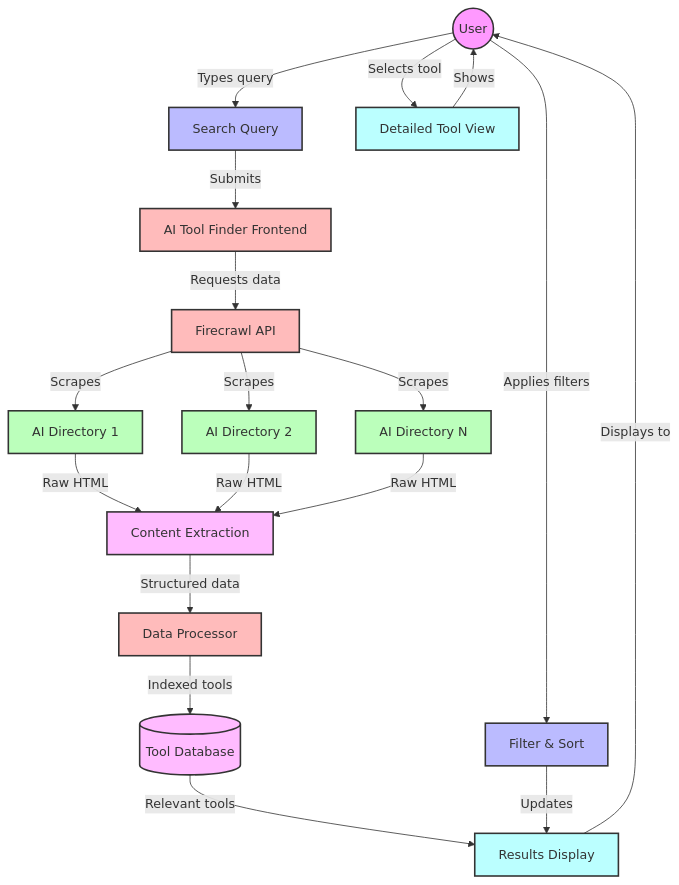
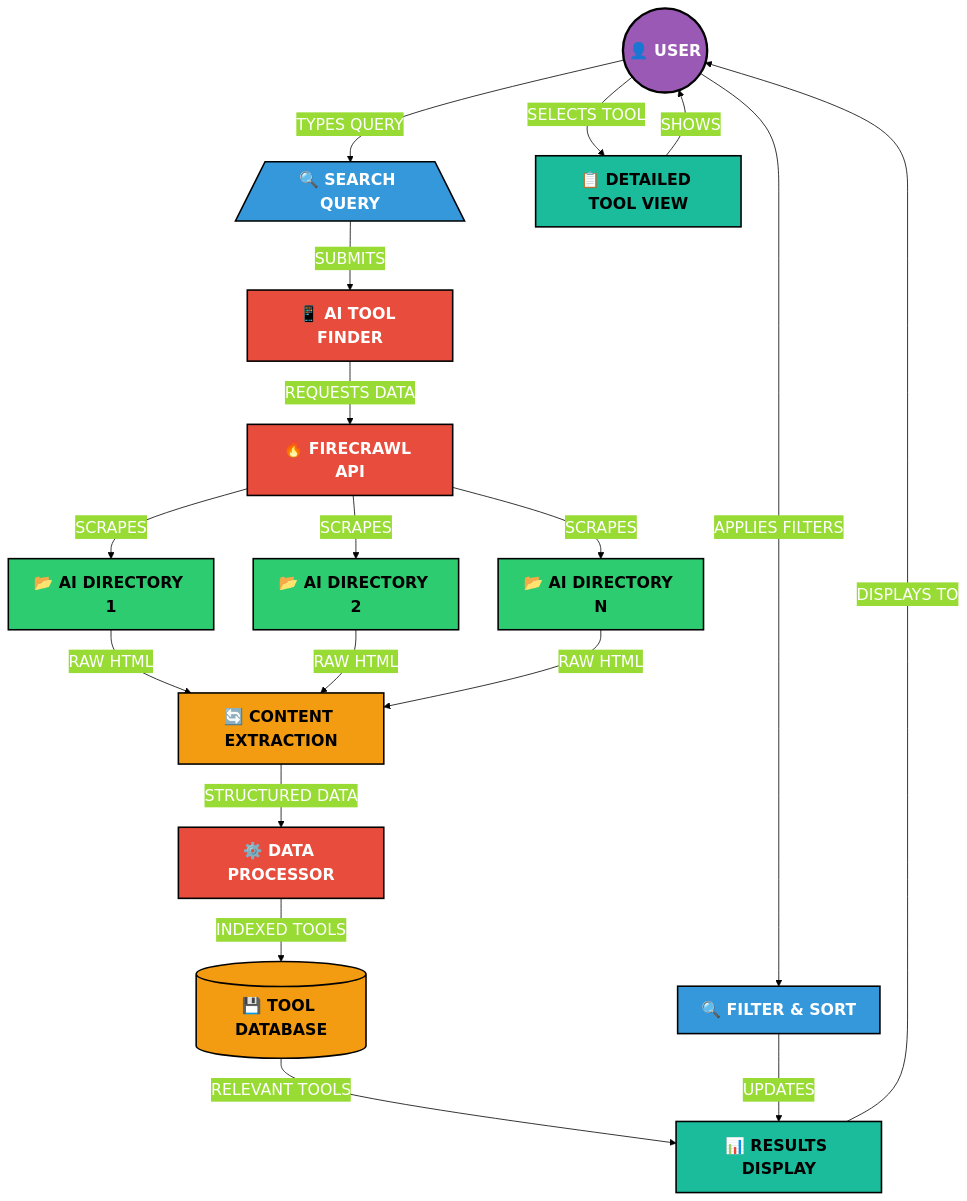
Before and after one commit to harshith-eth/ai-tool-finder-firecrawl: the diagram in README.md, drawn with Mermaid.

Commit message:
Improve mermaid diagram readability with high contrast and larger text

````diff
--- a/README.md
+++ b/README.md
@@ -30,52 +30,46 @@
 ```mermaid
-graph TD
-    %% Nodes
-    User((User))
-    Search[Search Query]
-    Frontend[AI Tool Finder Frontend]
-    API[Firecrawl API]
-    Extract[Content Extraction]
-    Directory1[AI Directory 1]
-    Directory2[AI Directory 2]
-    DirectoryN[AI Directory N]
-    Processor[Data Processor]
-    DB[(Tool Database)]
-    Results[Results Display]
-    Filter[Filter & Sort]
-    Details[Detailed Tool View]
+%%{init: {'theme': 'base', 'themeVariables': { 'fontSize': '16px', 'fontFamily': 'Arial', 'primaryColor': '#3498db', 'primaryTextColor': '#fff', 'primaryBorderColor': '#2374ab', 'lineColor': '#000000', 'textColor': '#000000', 'fontSize': '20px' }}}%%
+
+flowchart TD
+    %% Main Nodes
+    User((👤 USER)):::user
+    Search[/🔍 SEARCH QUERY\]:::input
+    Frontend[📱 AI TOOL FINDER]:::processing
+    API[🔥 FIRECRAWL API]:::processing
+    Extract[🔄 CONTENT EXTRACTION]:::data
+    Directory1[📂 AI DIRECTORY 1]:::source
+    Directory2[📂 AI DIRECTORY 2]:::source
+    DirectoryN[📂 AI DIRECTORY N]:::source
+    Processor[⚙️ DATA PROCESSOR]:::processing
+    DB[(💾 TOOL DATABASE)]:::data
+    Results[📊 RESULTS DISPLAY]:::output
+    Filter[🔍 FILTER & SORT]:::input
+    Details[📋 DETAILED TOOL VIEW]:::output
     
-    %% Connections
-    User -->|Types query| Search
-    Search -->|Submits| Frontend
-    Frontend -->|Requests data| API
-    API -->|Scrapes| Directory1
-    API -->|Scrapes| Directory2
-    API -->|Scrapes| DirectoryN
-    Directory1 -->|Raw HTML| Extract
-    Directory2 -->|Raw HTML| Extract
-    DirectoryN -->|Raw HTML| Extract
-    Extract -->|Structured data| Processor
-    Processor -->|Indexed tools| DB
-    DB -->|Relevant tools| Results
-    Results -->|Displays to| User
-    User -->|Applies filters| Filter
-    Filter -->|Updates| Results
-    User -->|Selects tool| Details
-    Details -->|Shows| User
+    %% Connections with clear text
+    User -->|"TYPES QUERY"| Search
+    Search -->|"SUBMITS"| Frontend
+    Frontend -->|"REQUESTS DATA"| API
+    API -->|"SCRAPES"| Directory1
+    API -->|"SCRAPES"| Directory2
+    API -->|"SCRAPES"| DirectoryN
+    Directory1 -->|"RAW HTML"| Extract
+    Directory2 -->|"RAW HTML"| Extract
+    DirectoryN -->|"RAW HTML"| Extract
+    Extract -->|"STRUCTURED DATA"| Processor
+    Processor -->|"INDEXED TOOLS"| DB
+    DB -->|"RELEVANT TOOLS"| Results
+    Results -->|"DISPLAYS TO"| User
+    User -->|"APPLIES FILTERS"| Filter
+    Filter -->|"UPDATES"| Results
+    User -->|"SELECTS TOOL"| Details
+    Details -->|"SHOWS"| User
     
-    %% Styling
-    classDef user fill:#f9f,stroke:#333,stroke-width:2px
-    classDef input fill:#bbf,stroke:#333,stroke-width:2px
-    classDef processing fill:#fbb,stroke:#333,stroke-width:2px
-    classDef source fill:#bfb,stroke:#333,stroke-width:2px
-    classDef data fill:#fbf,stroke:#333,stroke-width:2px
-    classDef output fill:#bff,stroke:#333,stroke-width:2px
-    classDef action fill:#ffb,stroke:#333,stroke-width:2px
-    
-    class User user
-    class Search,Filter input
-    class Frontend,API,Processor processing
-    class Directory1,Directory2,DirectoryN source
-    class Extract,DB data
-    class Results,Details output
+    %% Styling with high contrast
+    classDef user fill:#9b59b6,stroke:#000,stroke-width:3px,color:#fff,font-weight:bold
+    classDef input fill:#3498db,stroke:#000,stroke-width:2px,color:#fff,font-weight:bold
+    classDef processing fill:#e74c3c,stroke:#000,stroke-width:2px,color:#fff,font-weight:bold
+    classDef source fill:#2ecc71,stroke:#000,stroke-width:2px,color:#000,font-weight:bold
+    classDef data fill:#f39c12,stroke:#000,stroke-width:2px,color:#000,font-weight:bold
+    classDef output fill:#1abc9c,stroke:#000,stroke-width:2px,color:#000,font-weight:bold
 ```
````
